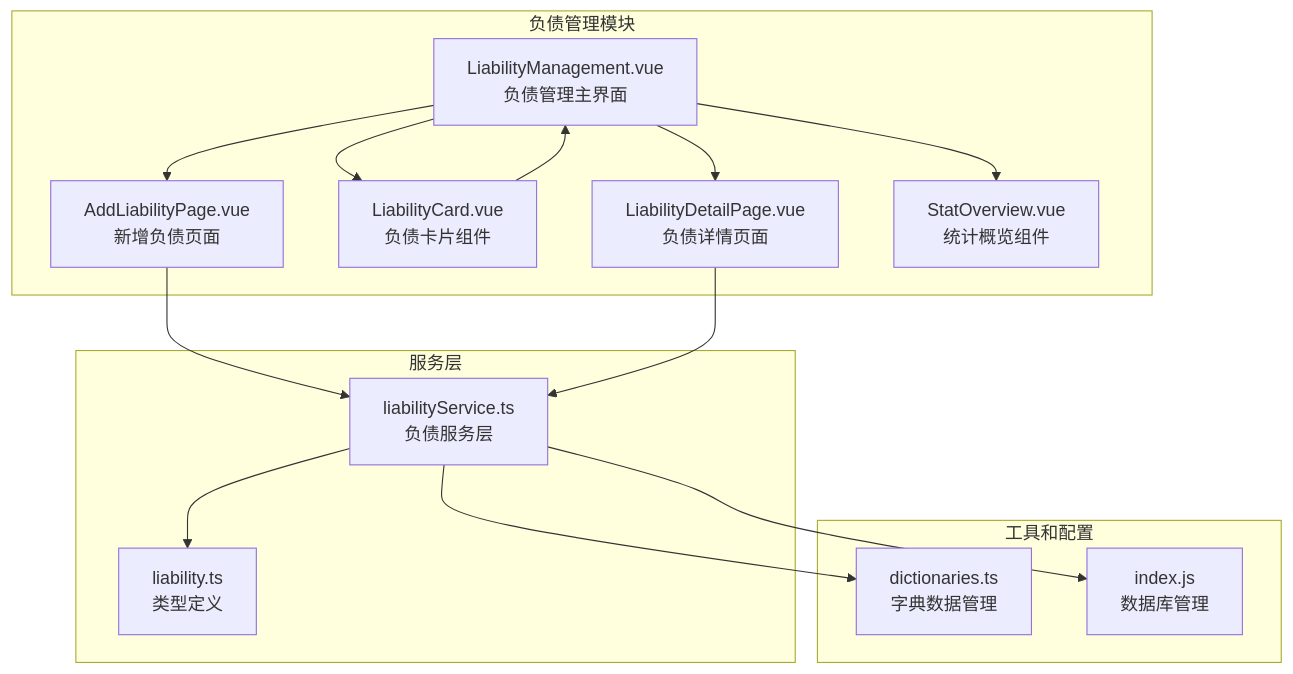
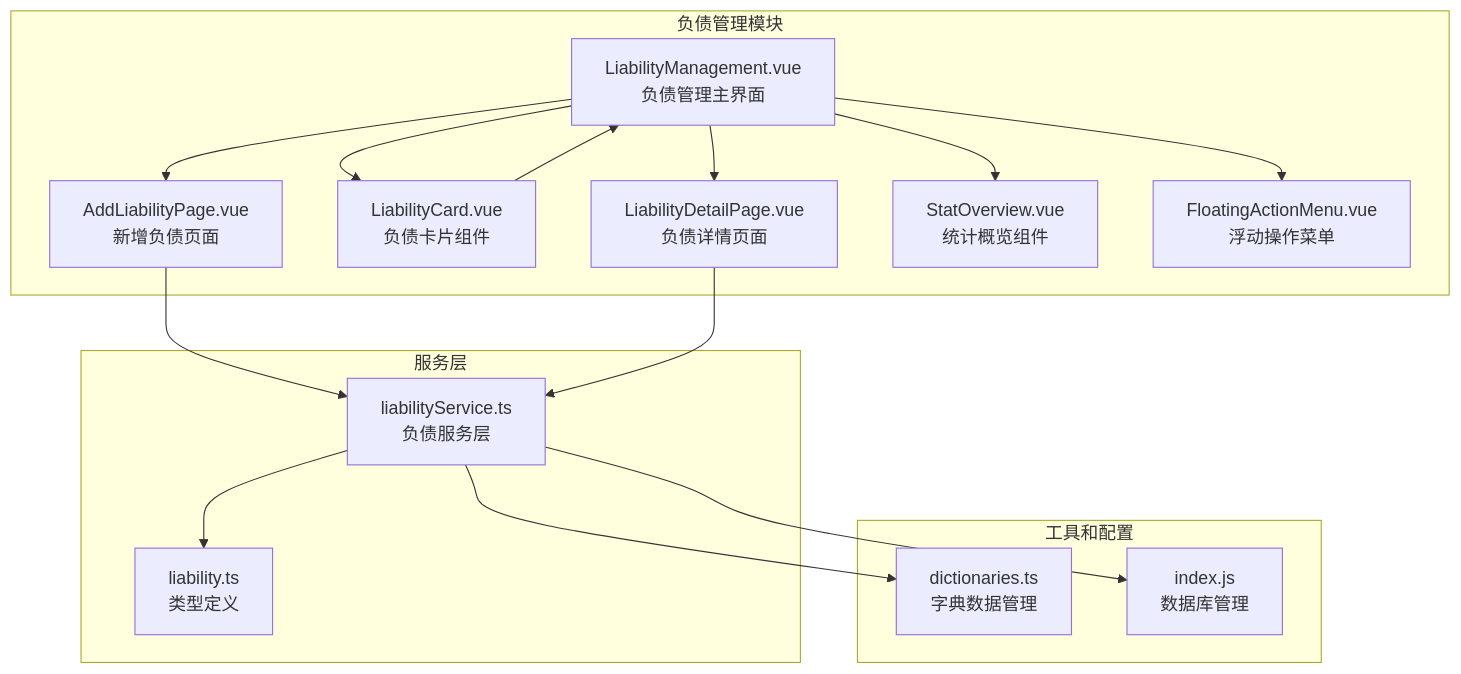
The first of 20 diagrams in .qoder/repowiki/zh/content/负债管理.md (xiao-lin-unit/yuan), drawn with Mermaid before and after one commit. The commit also changed other lines of this file and 15 other files, not shown here.

````diff
--- a/.qoder/repowiki/zh/content/负债管理.md
+++ b/.qoder/repowiki/zh/content/负债管理.md
@@ -65,28 +70,30 @@
 ```mermaid
 graph TB
 subgraph "负债管理模块"
 LM[LiabilityManagement.vue<br/>负债管理主界面]
 ALP[AddLiabilityPage.vue<br/>新增负债页面]
 LCD[LiabilityCard.vue<br/>负债卡片组件]
 LDP[LiabilityDetailPage.vue<br/>负债详情页面]
 SO[StatOverview.vue<br/>统计概览组件]
+FAM[FloatingActionMenu.vue<br/>浮动操作菜单]
 end
 subgraph "服务层"
 LService[liabilityService.ts<br/>负债服务层]
 LType[liability.ts<br/>类型定义]
 end
 subgraph "工具和配置"
 Dict[dictionaries.ts<br/>字典数据管理]
 DB[index.js<br/>数据库管理]
 end
 LM --> ALP
 LM --> LCD
 LM --> LDP
 LM --> SO
+LM --> FAM
 ALP --> LService
 LDP --> LService
 LCD --> LM
 LService --> LType
 LService --> Dict
 LService --> DB
 ```
````
